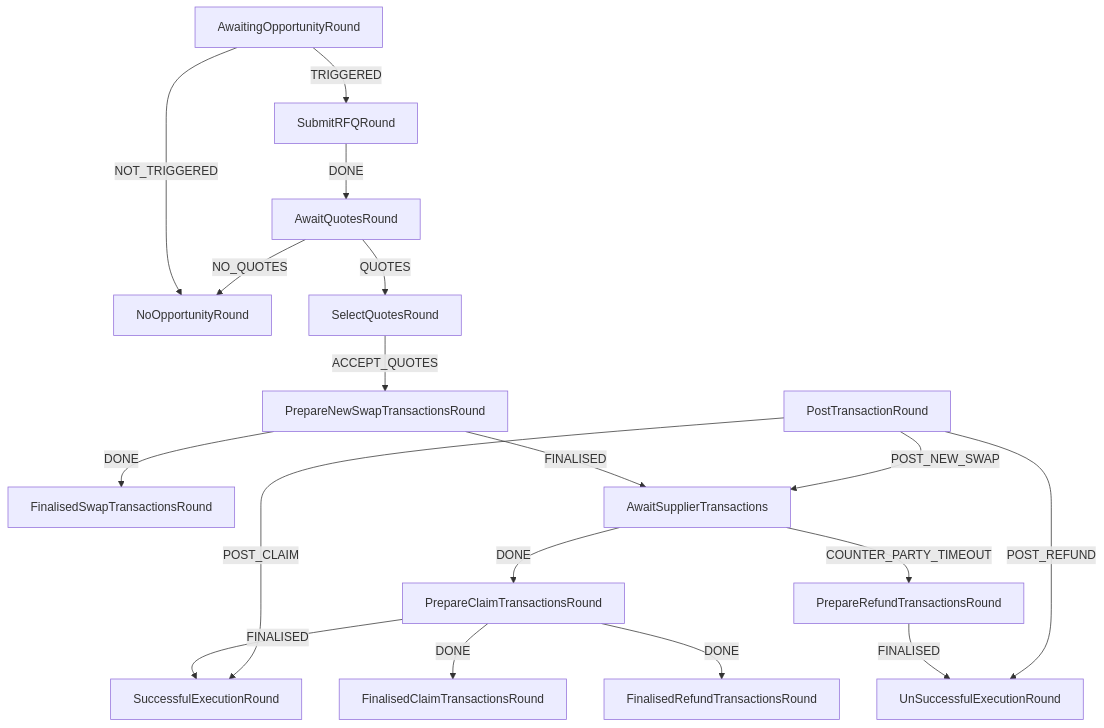
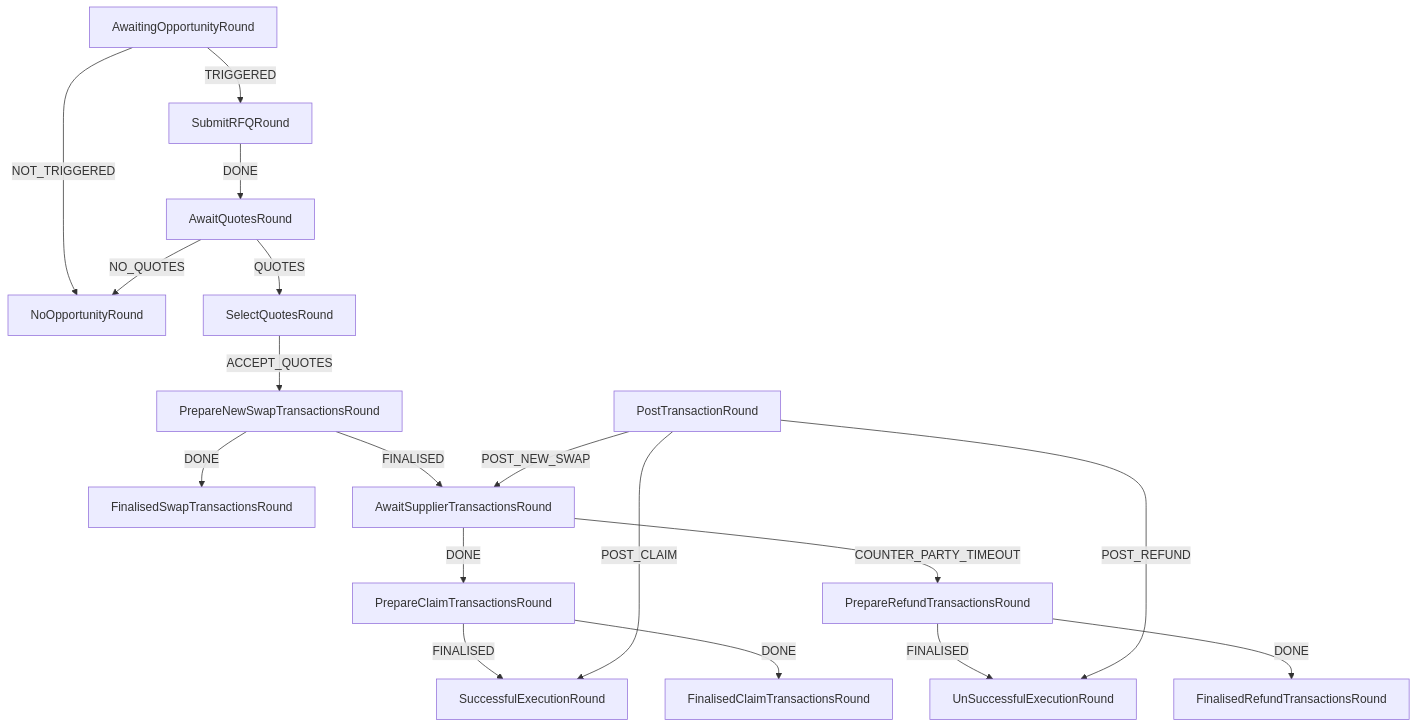
One commit to StationsStation/quotation_station changed the diagram in fsm_specs/buyer_fsm.mermaid. Above: the diagram before and after it, drawn with Mermaid. The commit also changed 268 other files, not shown here.

```diff
--- a/fsm_specs/buyer_fsm.mermaid
+++ b/fsm_specs/buyer_fsm.mermaid
@@ -1,23 +1,23 @@
-flowchart TD
+graph TD
     AwaitingOpportunityRound -->|NOT_TRIGGERED| NoOpportunityRound
     AwaitingOpportunityRound -->|TRIGGERED| SubmitRFQRound
     SubmitRFQRound -->|DONE| AwaitQuotesRound
-    AwaitQuotesRound --> |NO_QUOTES| NoOpportunityRound
-    AwaitQuotesRound --> |QUOTES| SelectQuotesRound
-    SelectQuotesRound --> |ACCEPT_QUOTES| PrepareNewSwapTransactionsRound
-    PrepareNewSwapTransactionsRound --> |DONE| FinalisedSwapTransactionsRound
-    PrepareNewSwapTransactionsRound --> |FINALISED| AwaitSupplierTransactions
+    AwaitQuotesRound -->|NO_QUOTES| NoOpportunityRound
+    AwaitQuotesRound -->|QUOTES| SelectQuotesRound
+    SelectQuotesRound -->|ACCEPT_QUOTES| PrepareNewSwapTransactionsRound
+    PrepareNewSwapTransactionsRound -->|DONE| FinalisedSwapTransactionsRound
+    PrepareNewSwapTransactionsRound -->|FINALISED| AwaitSupplierTransactionsRound
 
-    AwaitSupplierTransactions --> |DONE| PrepareClaimTransactionsRound
-    AwaitSupplierTransactions --> |COUNTER_PARTY_TIMEOUT| PrepareRefundTransactionsRound
+    AwaitSupplierTransactionsRound -->|DONE| PrepareClaimTransactionsRound
+    AwaitSupplierTransactionsRound -->|COUNTER_PARTY_TIMEOUT| PrepareRefundTransactionsRound
     
-    PrepareClaimTransactionsRound --> |FINALISED| SuccessfulExecutionRound
-    PrepareClaimTransactionsRound --> |DONE| FinalisedClaimTransactionsRound
+    PrepareClaimTransactionsRound -->|FINALISED| SuccessfulExecutionRound
+    PrepareClaimTransactionsRound -->|DONE| FinalisedClaimTransactionsRound
     
-    PrepareRefundTransactionsRound --> |FINALISED| UnSuccessfulExecutionRound
-    PrepareClaimTransactionsRound --> |DONE| FinalisedRefundTransactionsRound
+    PrepareRefundTransactionsRound -->|FINALISED| UnSuccessfulExecutionRound
+    PrepareRefundTransactionsRound -->|DONE| FinalisedRefundTransactionsRound
     
     
-    PostTransactionRound  --> |POST_NEW_SWAP| AwaitSupplierTransactions
-    PostTransactionRound  --> |POST_CLAIM| SuccessfulExecutionRound
-    PostTransactionRound  --> |POST_REFUND| UnSuccessfulExecutionRound
+    PostTransactionRound  -->|POST_NEW_SWAP| AwaitSupplierTransactionsRound
+    PostTransactionRound  -->|POST_CLAIM| SuccessfulExecutionRound
+    PostTransactionRound  -->|POST_REFUND| UnSuccessfulExecutionRound
```
